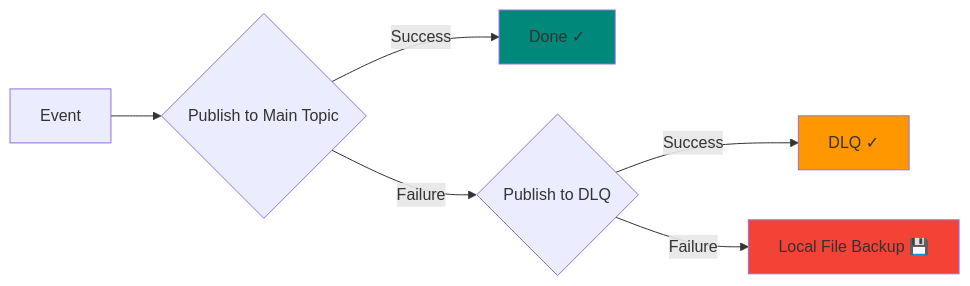
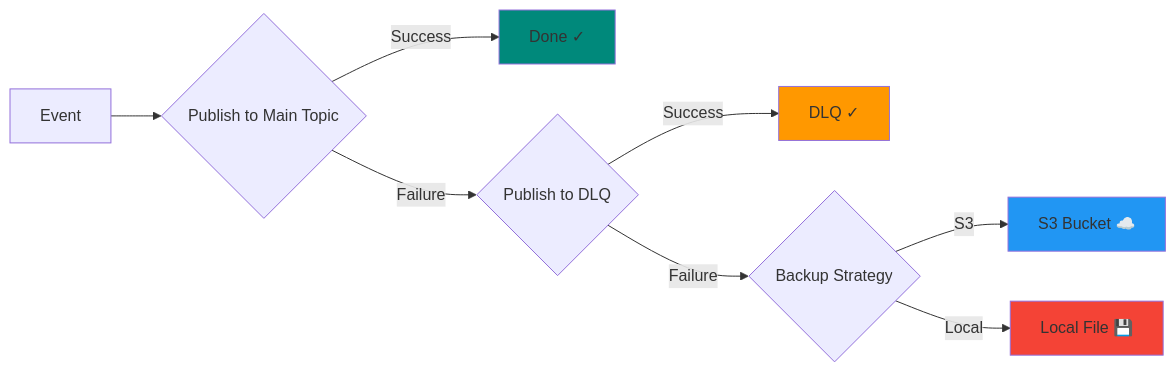
The diagram in docs/features/failure-recovery.md (closeup1202/curve), drawn with Mermaid before and after one commit. The commit also changed other lines of this file and 57 other files, not shown here.

First line of the commit message:
feat: Add S3 backup strategy and update documentation

````diff
--- a/docs/features/failure-recovery.md
+++ b/docs/features/failure-recovery.md
@@ -13,12 +13,15 @@
 ```mermaid
 graph LR
     A[Event] --> B{Publish to Main Topic}
     B -->|Success| C[Done ✓]
     B -->|Failure| D{Publish to DLQ}
     D -->|Success| E[DLQ ✓]
-    D -->|Failure| F[Local File Backup 💾]
+    D -->|Failure| F{Backup Strategy}
+    F -->|S3| G[S3 Bucket ☁️]
+    F -->|Local| H[Local File 💾]
 
     style C fill:#00897b
     style E fill:#ff9800
-    style F fill:#f44336
+    style G fill:#2196f3
+    style H fill:#f44336
 ```
````
